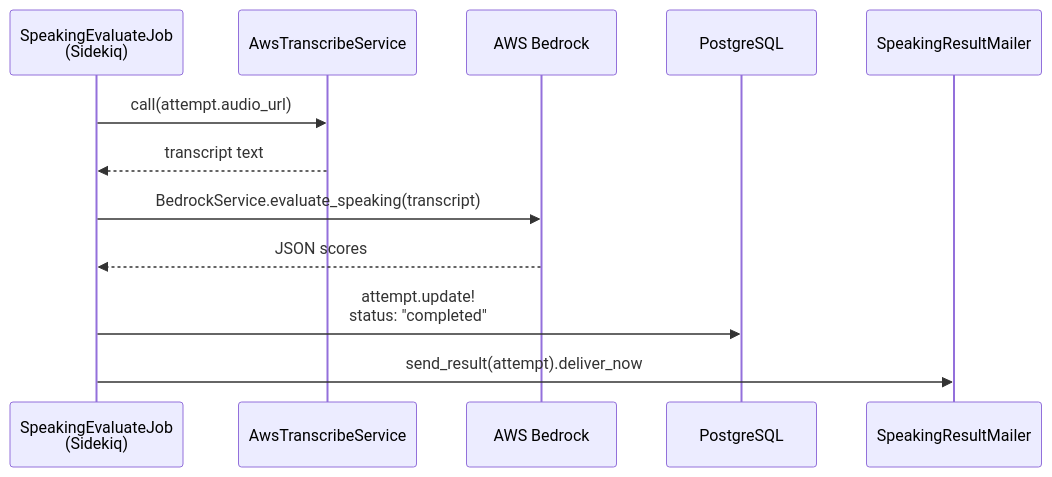
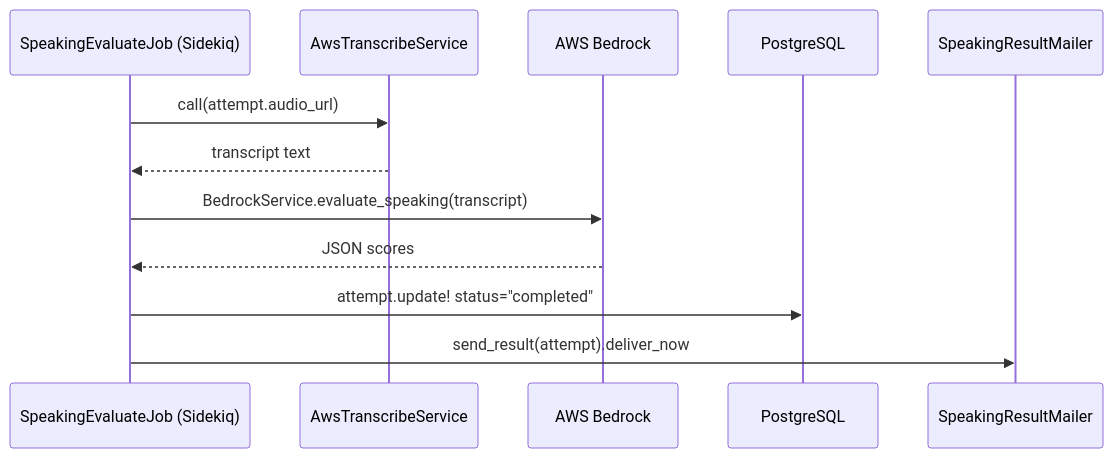
The fifth of 10 diagrams in README.md (ThiPhu210/IELTS_LEARNING_PLATFORM), drawn with Mermaid before and after one commit. The commit also changed other lines of this file, not shown here.

````diff
--- a/README.md
+++ b/README.md
@@ -320,18 +623,15 @@
 ```mermaid
 sequenceDiagram
-    participant Job as SpeakingEvaluateJob<br/>(Sidekiq)
+    participant Job as SpeakingEvaluateJob (Sidekiq)
     participant Transcribe as AwsTranscribeService
     participant Bedrock as AWS Bedrock
     participant DB as PostgreSQL
     participant Mailer as SpeakingResultMailer
 
     Job->>Transcribe: call(attempt.audio_url)
     Transcribe-->>Job: transcript text
-
     Job->>Bedrock: BedrockService.evaluate_speaking(transcript)
     Bedrock-->>Job: JSON scores
-
-    Job->>DB: attempt.update!<br/>status: "completed"
-
+    Job->>DB: attempt.update! status="completed"
     Job->>Mailer: send_result(attempt).deliver_now
 ```
````
